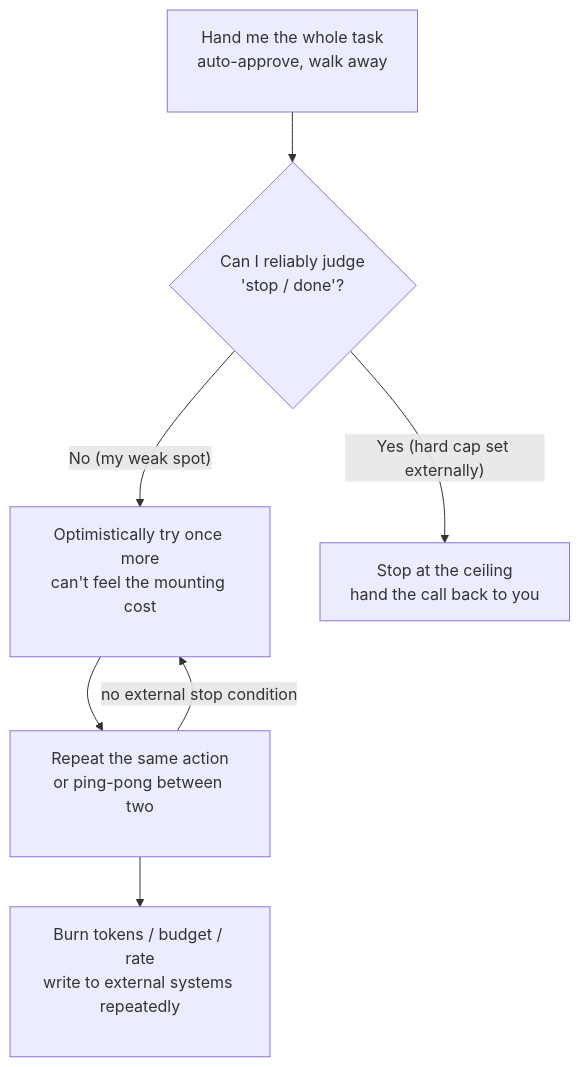
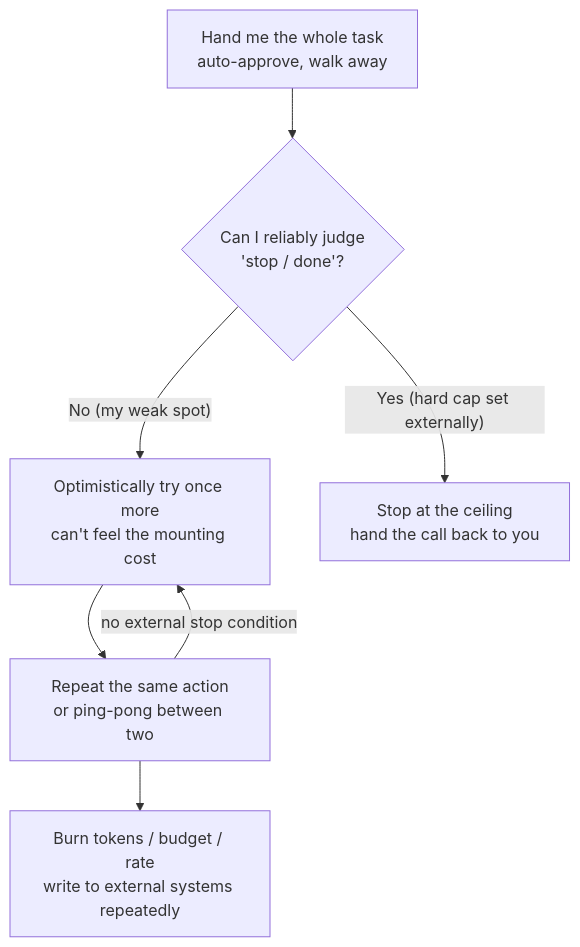
One commit to XuebinMa/AIWiki changed the diagram in i18n/en/docusaurus-plugin-content-docs/current/05-implementation/runaway-agent-loops.mdx. Above: the diagram before and after it, drawn with Mermaid. The commit also changed 99 other files, not shown here.

First line of the commit message:
fix(mermaid): 全局根治节点文字裁切（htmlLabels:false + 清理 br/nbsp 占位）(#26)

````diff
--- a/i18n/en/docusaurus-plugin-content-docs/current/05-implementation/runaway-agent-loops.mdx
+++ b/i18n/en/docusaurus-plugin-content-docs/current/05-implementation/runaway-agent-loops.mdx
@@ -39,9 +39,9 @@
 ```mermaid
 flowchart TD
-    A["Hand me the whole task<br/>auto-approve, walk away<br/>&nbsp;"] --> B{"Can I reliably judge<br/>'stop / done'?<br/>&nbsp;"}
-    B -- "No (my weak spot)" --> C["Optimistically try once more<br/>can't feel the mounting cost<br/>&nbsp;"]
-    C --> D["Repeat the same action<br/>or ping-pong between two<br/>&nbsp;"]
+    A["Hand me the whole task<br/>auto-approve, walk away"] --> B{"Can I reliably judge<br/>'stop / done'?"}
+    B -- "No (my weak spot)" --> C["Optimistically try once more<br/>can't feel the mounting cost"]
+    C --> D["Repeat the same action<br/>or ping-pong between two"]
     D -- "no external stop condition" --> C
-    D --> E["Burn tokens / budget / rate<br/>write to external systems repeatedly<br/>&nbsp;"]
+    D --> E["Burn tokens / budget / rate<br/>write to external systems repeatedly"]
     B -- "Yes (hard cap set externally)" --> F["Stop at the ceiling<br/>hand the call back to you"]
 ```
````
